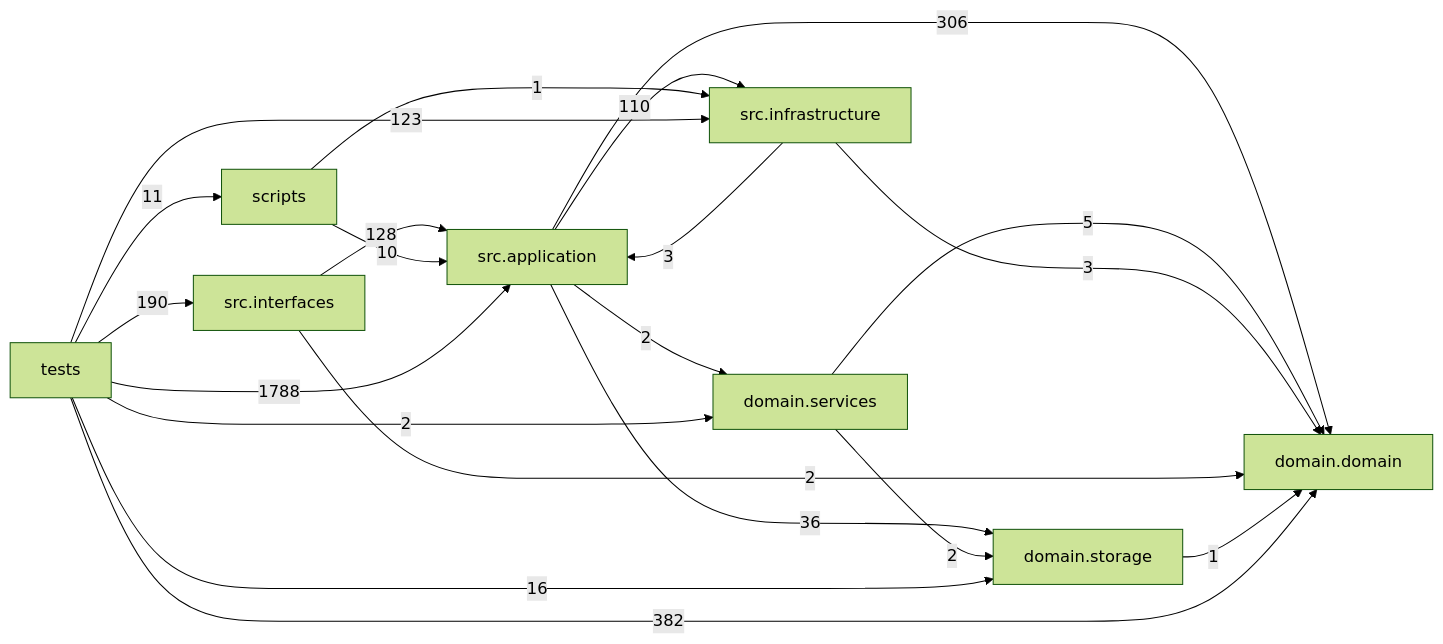
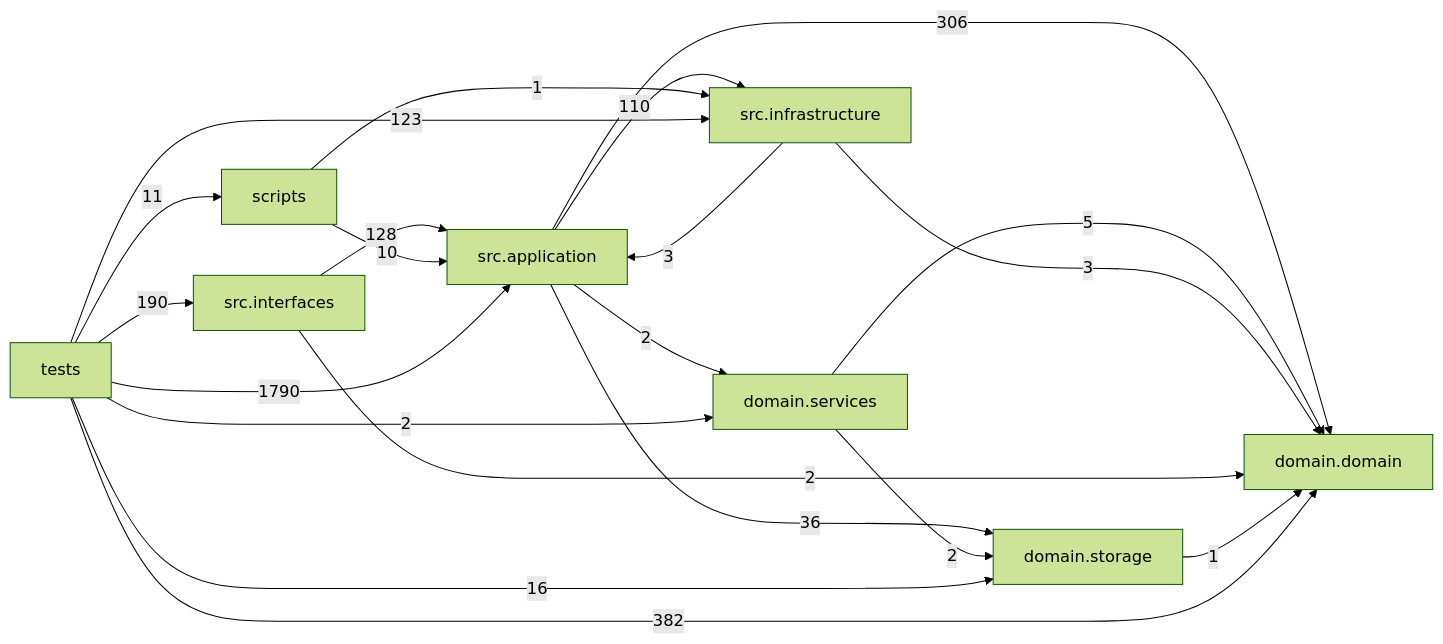
Before and after one commit to liuxie066/options-monitor: the diagram in docs/DEPENDENCY_GRAPH.md, drawn with Mermaid (forest theme). The commit also changed other lines of this file and 2 other files, not shown here.

````diff
--- a/docs/DEPENDENCY_GRAPH.md
+++ b/docs/DEPENDENCY_GRAPH.md
@@ -24,31 +24,31 @@
 ```mermaid
 flowchart LR
   tests["tests"]
   scripts["scripts"]
   interfaces["src.interfaces"]
   application["src.application"]
   infrastructure["src.infrastructure"]
   domain_services["domain.services"]
   domain["domain.domain"]
   storage["domain.storage"]
   application -->|306| domain
   application -->|2| domain_services
   application -->|110| infrastructure
   application -->|36| storage
   domain_services -->|5| domain
   domain_services -->|2| storage
   infrastructure -->|3| application
   infrastructure -->|3| domain
   interfaces -->|128| application
   interfaces -->|2| domain
   scripts -->|10| application
   scripts -->|1| infrastructure
   storage -->|1| domain
-  tests -->|1788| application
+  tests -->|1790| application
   tests -->|382| domain
   tests -->|2| domain_services
   tests -->|123| infrastructure
   tests -->|190| interfaces
   tests -->|11| scripts
   tests -->|16| storage
 ```
````
